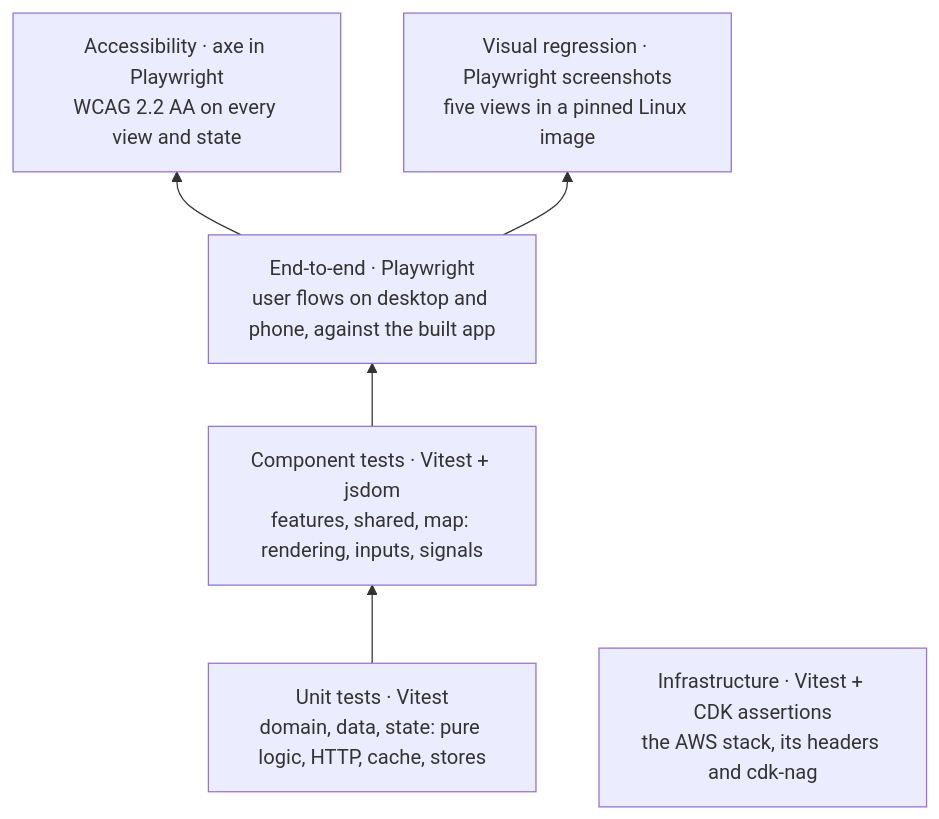
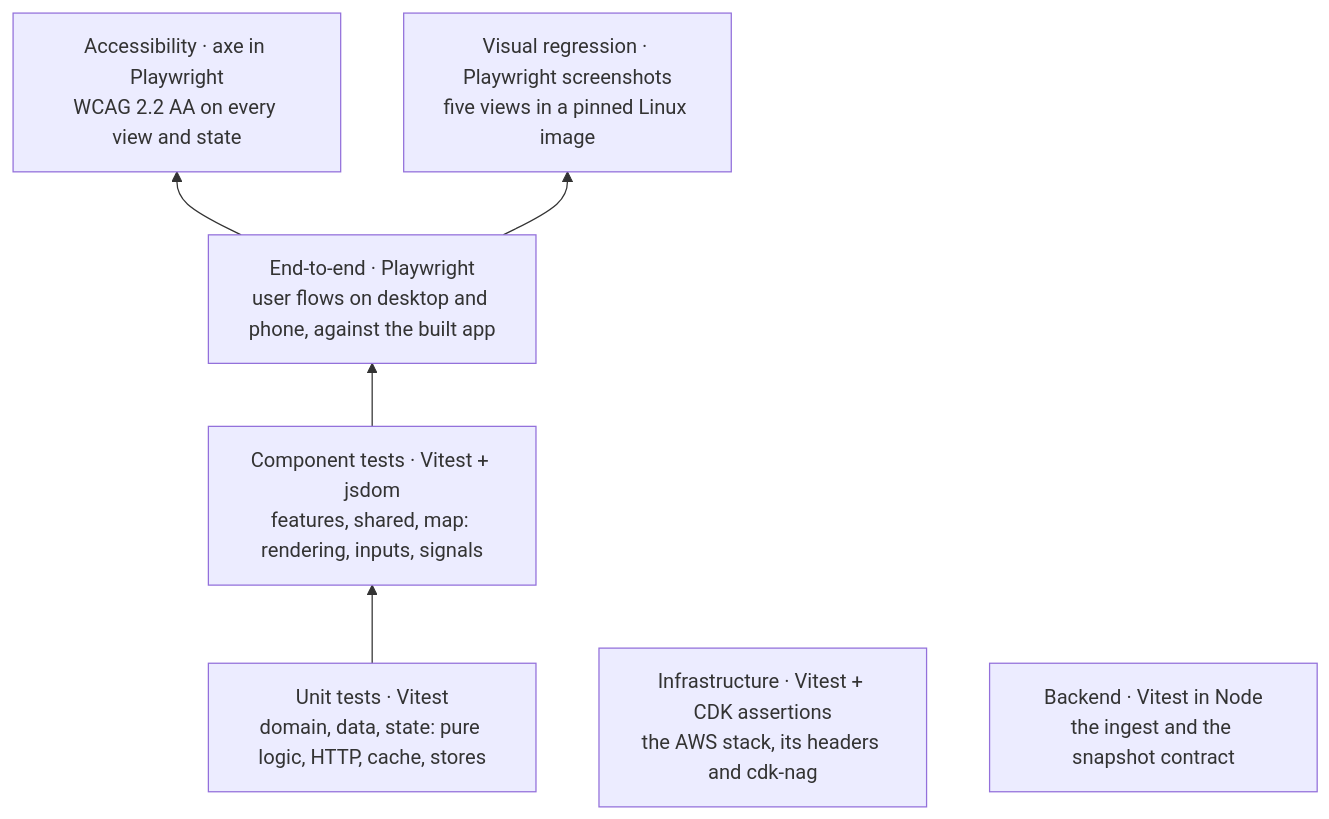
Before and after one commit to jamesablue/glassy: the first of 2 diagrams in docs/testing.md, drawn with Mermaid. The commit also changed other lines of this file and 55 other files, not shown here.

First line of the commit message:
feat(backend): add the forecast ingest package and shared snapshot contract (#47)

````diff
--- a/docs/testing.md
+++ b/docs/testing.md
@@ -7,12 +7,13 @@
 ```mermaid
 flowchart BT
   unit["Unit tests · Vitest<br/>domain, data, state: pure logic, HTTP, cache, stores"]
   component["Component tests · Vitest + jsdom<br/>features, shared, map: rendering, inputs, signals"]
   e2e["End-to-end · Playwright<br/>user flows on desktop and phone, against the built app"]
   a11y["Accessibility · axe in Playwright<br/>WCAG 2.2 AA on every view and state"]
   visual["Visual regression · Playwright screenshots<br/>five views in a pinned Linux image"]
   unit --> component --> e2e
   e2e --> a11y
   e2e --> visual
   infra["Infrastructure · Vitest + CDK assertions<br/>the AWS stack, its headers and cdk-nag"]
+  backend["Backend · Vitest in Node<br/>the ingest and the snapshot contract"]
 ```
````
